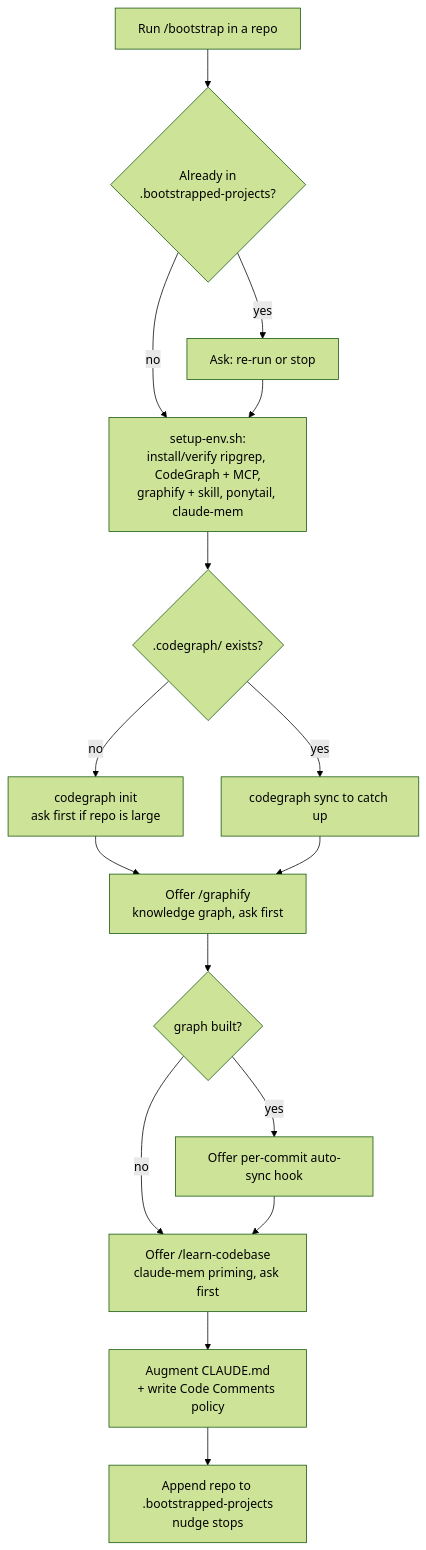
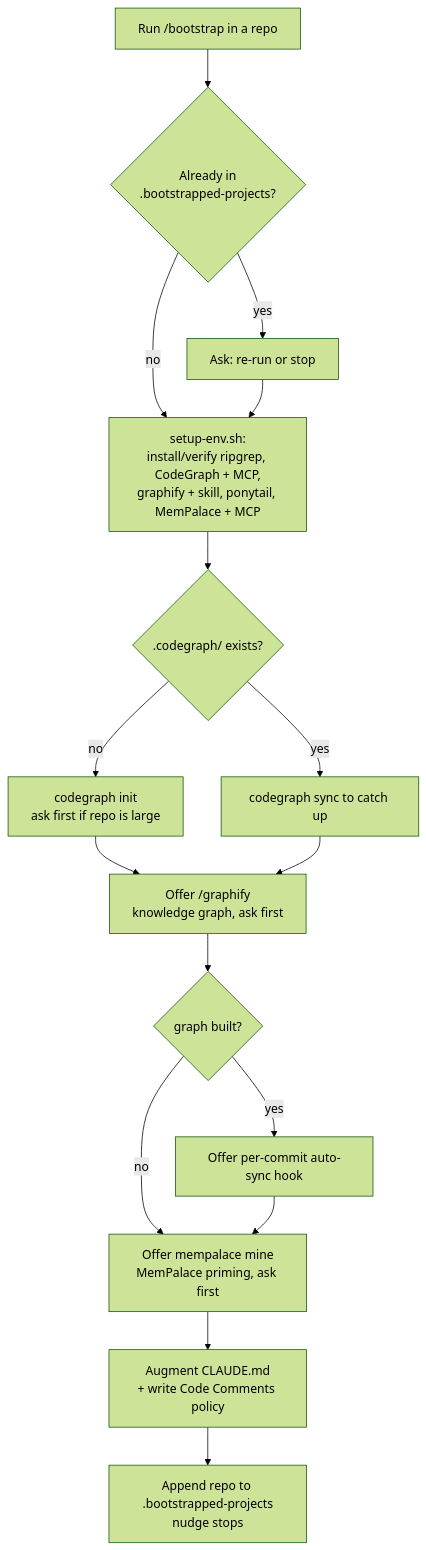
The diagram in bootstrap/README.md (unisol1020/ai-tools), drawn with Mermaid (forest theme) before and after one commit. The commit also changed other lines of this file and 3 other files, not shown here.

First line of the commit message:
feat(bootstrap): replace claude-mem with MemPalace for cross-session memory

````diff
--- a/bootstrap/README.md
+++ b/bootstrap/README.md
@@ -9,18 +9,18 @@
 ```mermaid
 flowchart TD
   A[Run /bootstrap in a repo] --> B{Already in<br>.bootstrapped-projects?}
   B -- yes --> C[Ask: re-run or stop]
-  B -- no --> D[setup-env.sh:<br>install/verify ripgrep, CodeGraph + MCP,<br>graphify + skill, ponytail, claude-mem]
+  B -- no --> D[setup-env.sh:<br>install/verify ripgrep, CodeGraph + MCP,<br>graphify + skill, ponytail, MemPalace + MCP]
   C --> D
   D --> E{.codegraph/ exists?}
   E -- no --> F[codegraph init<br>ask first if repo is large]
   E -- yes --> G[codegraph sync to catch up]
   F --> H[Offer /graphify<br>knowledge graph, ask first]
   G --> H
   H --> I{graph built?}
   I -- yes --> J[Offer per-commit auto-sync hook]
-  I -- no --> K[Offer /learn-codebase<br>claude-mem priming, ask first]
+  I -- no --> K[Offer mempalace mine<br>MemPalace priming, ask first]
   J --> K
   K --> L[Augment CLAUDE.md<br>+ write Code Comments policy]
   L --> M[Append repo to .bootstrapped-projects<br>nudge stops]
 ```
````
